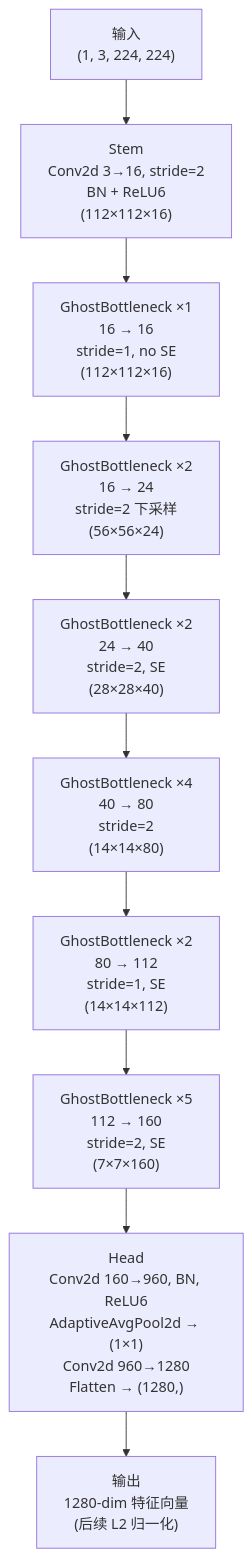
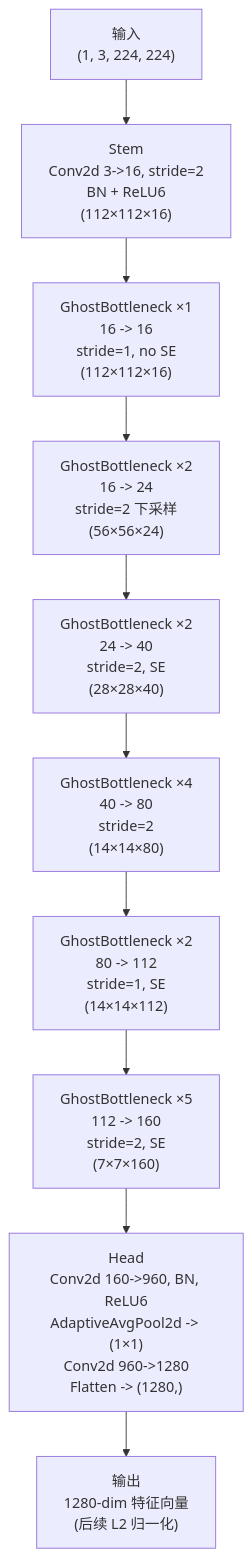
Before and after one commit to zhouxzh/Ascend310: the third of 7 diagrams in src/experiment/case4.md, drawn with Mermaid. The commit also changed other lines of this file and 51 other files, not shown here.

````diff
--- a/src/experiment/case4.md
+++ b/src/experiment/case4.md
@@ -185,20 +185,20 @@
 ```mermaid
 flowchart TD
-    INPUT["输入\n(1, 3, 224, 224)"] --> STEM["Stem\nConv2d 3→16, stride=2\nBN + ReLU6\n(112×112×16)"]
+    INPUT["输入\n(1, 3, 224, 224)"] --> STEM["Stem\nConv2d 3->16, stride=2\nBN + ReLU6\n(112×112×16)"]
 
-    STEM --> B1["GhostBottleneck ×1\n16 → 16\nstride=1, no SE\n(112×112×16)"]
+    STEM --> B1["GhostBottleneck ×1\n16 -> 16\nstride=1, no SE\n(112×112×16)"]
 
-    B1 --> B2["GhostBottleneck ×2\n16 → 24\nstride=2 下采样\n(56×56×24)"]
+    B1 --> B2["GhostBottleneck ×2\n16 -> 24\nstride=2 下采样\n(56×56×24)"]
 
-    B2 --> B3["GhostBottleneck ×2\n24 → 40\nstride=2, SE\n(28×28×40)"]
+    B2 --> B3["GhostBottleneck ×2\n24 -> 40\nstride=2, SE\n(28×28×40)"]
 
-    B3 --> B4["GhostBottleneck ×4\n40 → 80\nstride=2\n(14×14×80)"]
+    B3 --> B4["GhostBottleneck ×4\n40 -> 80\nstride=2\n(14×14×80)"]
 
-    B4 --> B5["GhostBottleneck ×2\n80 → 112\nstride=1, SE\n(14×14×112)"]
+    B4 --> B5["GhostBottleneck ×2\n80 -> 112\nstride=1, SE\n(14×14×112)"]
 
-    B5 --> B6["GhostBottleneck ×5\n112 → 160\nstride=2, SE\n(7×7×160)"]
+    B5 --> B6["GhostBottleneck ×5\n112 -> 160\nstride=2, SE\n(7×7×160)"]
 
-    B6 --> HEAD["Head\nConv2d 160→960, BN, ReLU6\nAdaptiveAvgPool2d → (1×1)\nConv2d 960→1280\nFlatten → (1280,)"]
+    B6 --> HEAD["Head\nConv2d 160->960, BN, ReLU6\nAdaptiveAvgPool2d -> (1×1)\nConv2d 960->1280\nFlatten -> (1280,)"]
 
     HEAD --> OUTPUT["输出\n1280-dim 特征向量\n(后续 L2 归一化)"]
 ```
````
